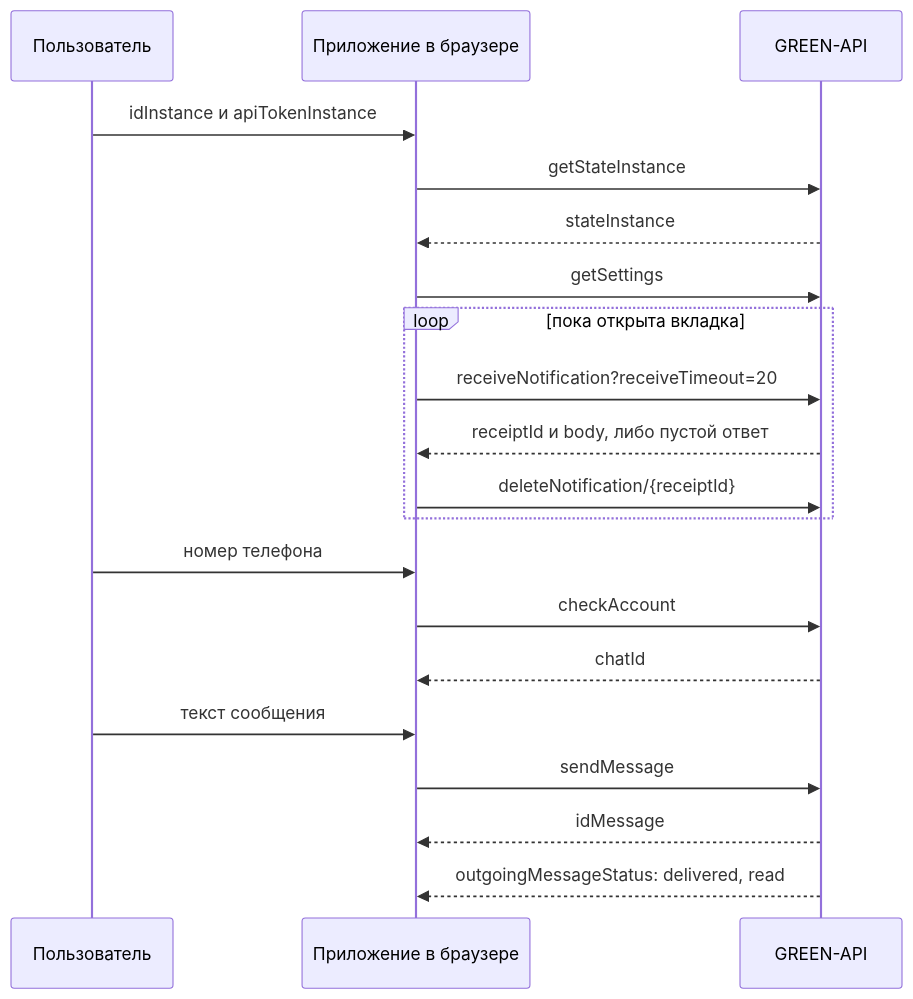
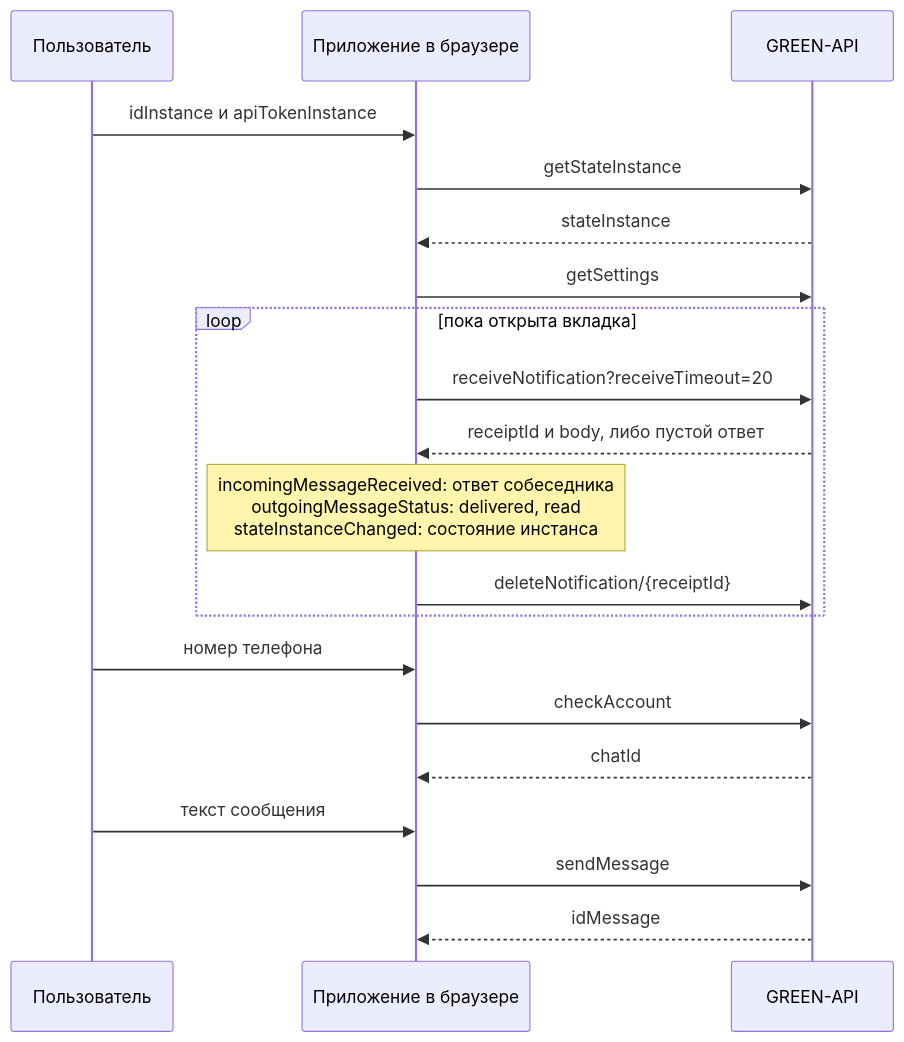
One commit to interhub/green-api-max-chat changed the diagram in README.md. Above: the diagram before and after it, drawn with Mermaid. The commit also changed other lines of this file, not shown here.

````diff
--- a/README.md
+++ b/README.md
@@ -68,22 +68,22 @@
 ```mermaid
 sequenceDiagram
     participant U as Пользователь
     participant A as Приложение в браузере
     participant G as GREEN-API
     U->>A: idInstance и apiTokenInstance
     A->>G: getStateInstance
     G-->>A: stateInstance
     A->>G: getSettings
     loop пока открыта вкладка
         A->>G: receiveNotification?receiveTimeout=20
         G-->>A: receiptId и body, либо пустой ответ
+        Note over A: incomingMessageReceived: ответ собеседника<br/>outgoingMessageStatus: delivered, read<br/>stateInstanceChanged: состояние инстанса
         A->>G: deleteNotification/{receiptId}
     end
     U->>A: номер телефона
     A->>G: checkAccount
     G-->>A: chatId
     U->>A: текст сообщения
     A->>G: sendMessage
     G-->>A: idMessage
-    G-->>A: outgoingMessageStatus: delivered, read
 ```
````
